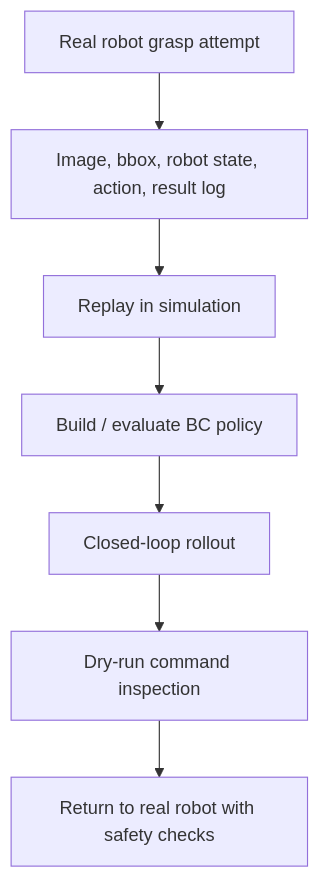
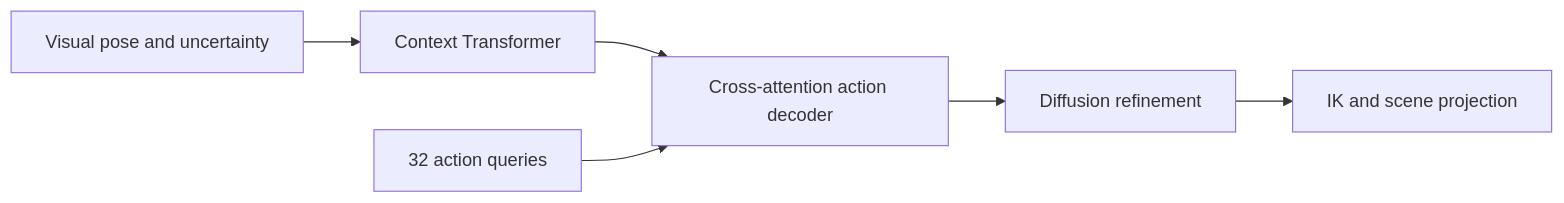
One commit to 1830051801-ux/embodied-arm-learning changed the diagram in README.md. Above: the diagram before and after it, drawn with Mermaid. The commit also changed other lines of this file and 237 other files, not shown here.

Commit message:
Upgrade six-axis digital twin with action-chunk Transformer

````diff
--- a/README.md
+++ b/README.md
@@ -109,9 +19,8 @@
 ```mermaid
-flowchart TD
-    A["Real robot grasp attempt"] --> B["Image, bbox, robot state, action, result log"]
-    B --> C["Replay in simulation"]
-    C --> D["Build / evaluate BC policy"]
-    D --> E["Closed-loop rollout"]
-    E --> F["Dry-run command inspection"]
-    F --> G["Return to real robot with safety checks"]
+flowchart LR
+    V["Visual pose and uncertainty"] --> C["Context Transformer"]
+    C --> A["Cross-attention action decoder"]
+    Q["32 action queries"] --> A
+    A --> D["Diffusion refinement"]
+    D --> S["IK and scene projection"]
 ```
````
